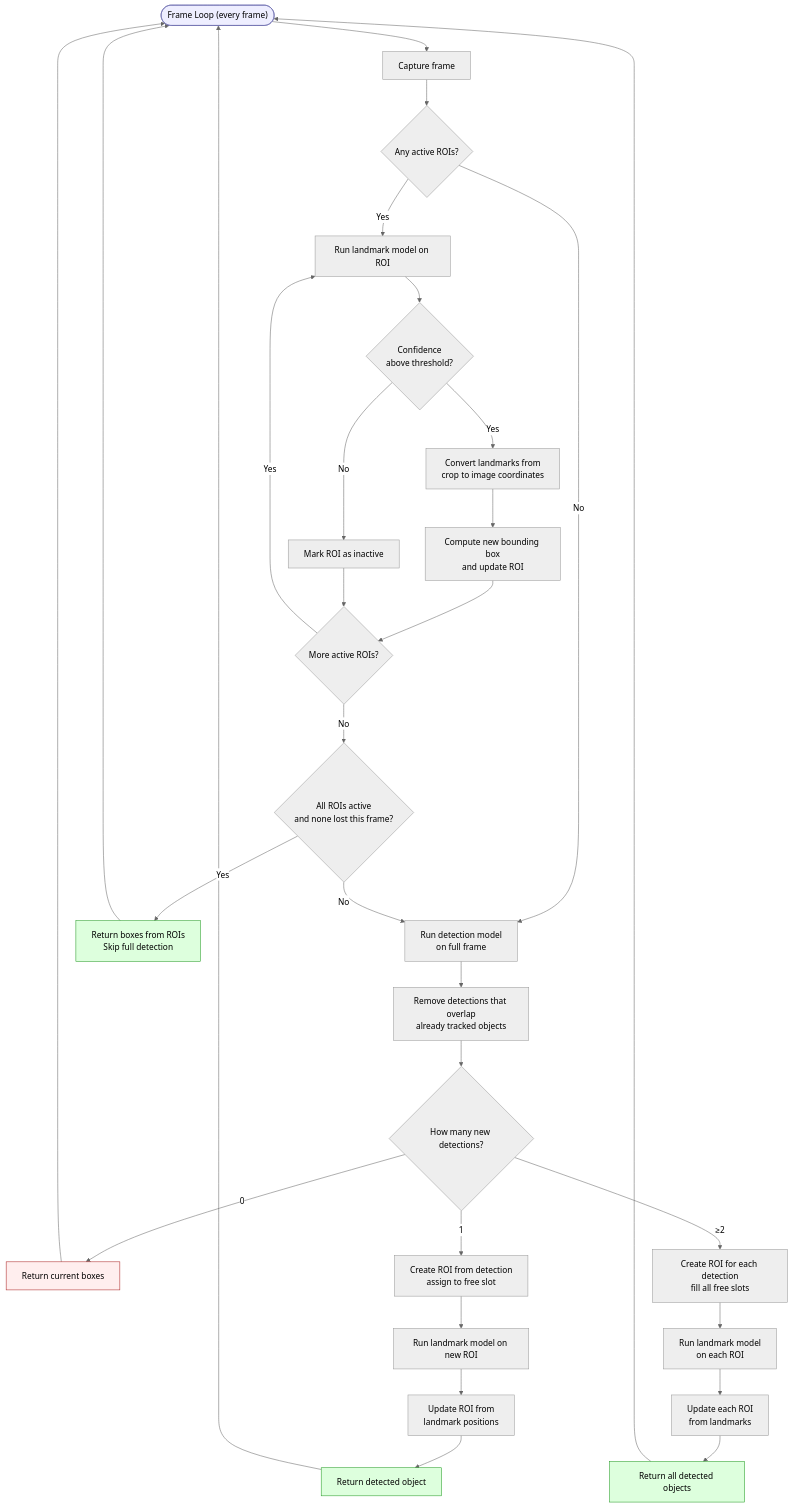
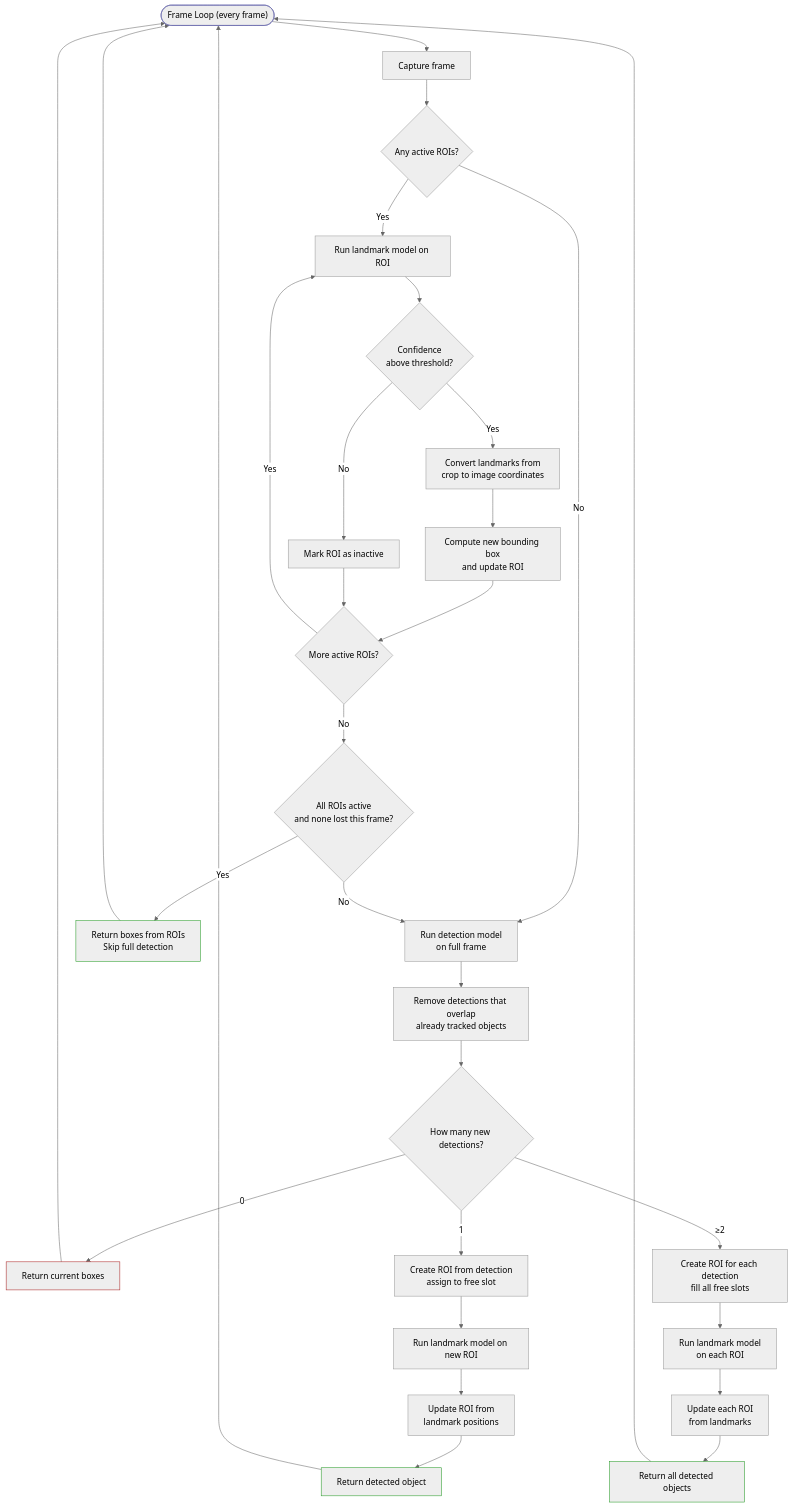
One commit to Webahh/embedded_signlanguage_translator changed the diagram in ml_pipeline/docs/pipeline_flow.md. Above: the diagram before and after it, drawn with Mermaid (neutral theme). The commit also changed 1 other file, not shown here.

Commit message:
fix: doc ML ROI unreadable nodes fixed

````diff
--- a/ml_pipeline/docs/pipeline_flow.md
+++ b/ml_pipeline/docs/pipeline_flow.md
@@ -3,46 +3,46 @@
 ```mermaid
 flowchart TD
     Start(["Frame Loop (every frame)"]) --> Capture["Capture frame"]
     Capture --> TrackLoop{"Any active ROIs?"}
 
     TrackLoop -->|Yes| LM["Run landmark model on ROI"]
     TrackLoop -->|No| DetectFull
 
     LM --> Confidence{"Confidence\nabove threshold?"}
     Confidence -->|Yes| Decode["Convert landmarks from\ncrop to image coordinates"]
     Decode --> Update["Compute new bounding box\nand update ROI"]
     Update --> MoreTracks{"More active ROIs?"}
     MoreTracks -->|Yes| LM
 
     Confidence -->|No| Drop["Mark ROI as inactive"]
     Drop --> MoreTracks
 
     MoreTracks -->|No| CheckFull{"All ROIs active\nand none lost this frame?"}
     CheckFull -->|Yes| ReturnTracked["Return boxes from ROIs\nSkip full detection"]
     ReturnTracked --> Start
 
     CheckFull -->|No| DetectFull["Run detection model\non full frame"]
     DetectFull --> Filter["Remove detections that overlap\nalready tracked objects"]
     Filter --> Count{"How many new detections?"}
 
     Count -->|0| ReturnActive["Return current boxes"]
     ReturnActive --> Start
 
     Count -->|1| CreateROI["Create ROI from detection\nassign to free slot"]
     CreateROI --> LM1["Run landmark model on new ROI"]
     LM1 --> Update1["Update ROI from\nlandmark positions"]
     Update1 --> Return1["Return detected object"]
     Return1 --> Start
 
     Count -->|≥2| CreateROI2["Create ROI for each detection\nfill all free slots"]
     CreateROI2 --> LM2["Run landmark model\non each ROI"]
     LM2 --> Update2["Update each ROI\nfrom landmarks"]
     Update2 --> Return2["Return all detected objects"]
     Return2 --> Start
 
-    style Start fill:#eef,stroke:#66a
-    style ReturnTracked fill:#dfd,stroke:#292
-    style ReturnActive fill:#fee,stroke:#a22
-    style Return1 fill:#dfd,stroke:#292
-    style Return2 fill:#dfd,stroke:#292
+    style Start stroke:#66a
+    style ReturnTracked stroke:#292
+    style ReturnActive stroke:#a22
+    style Return1 stroke:#292
+    style Return2 stroke:#292
 ```
````
